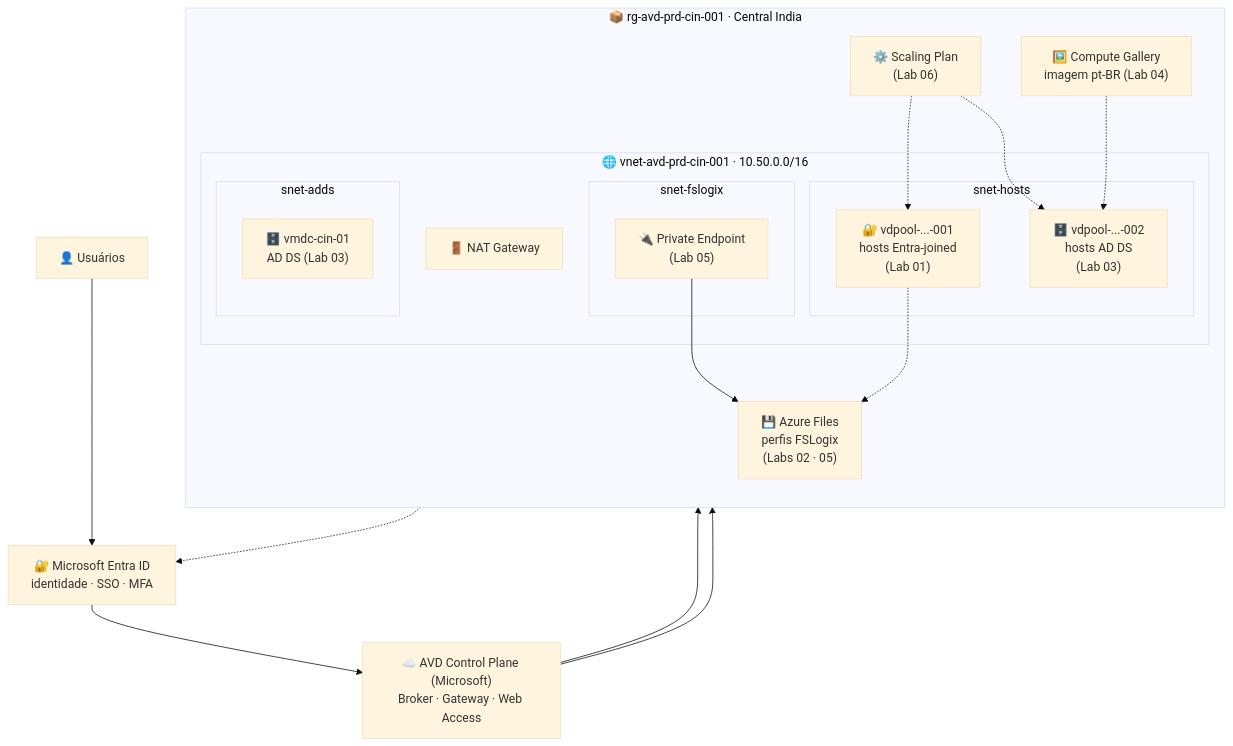
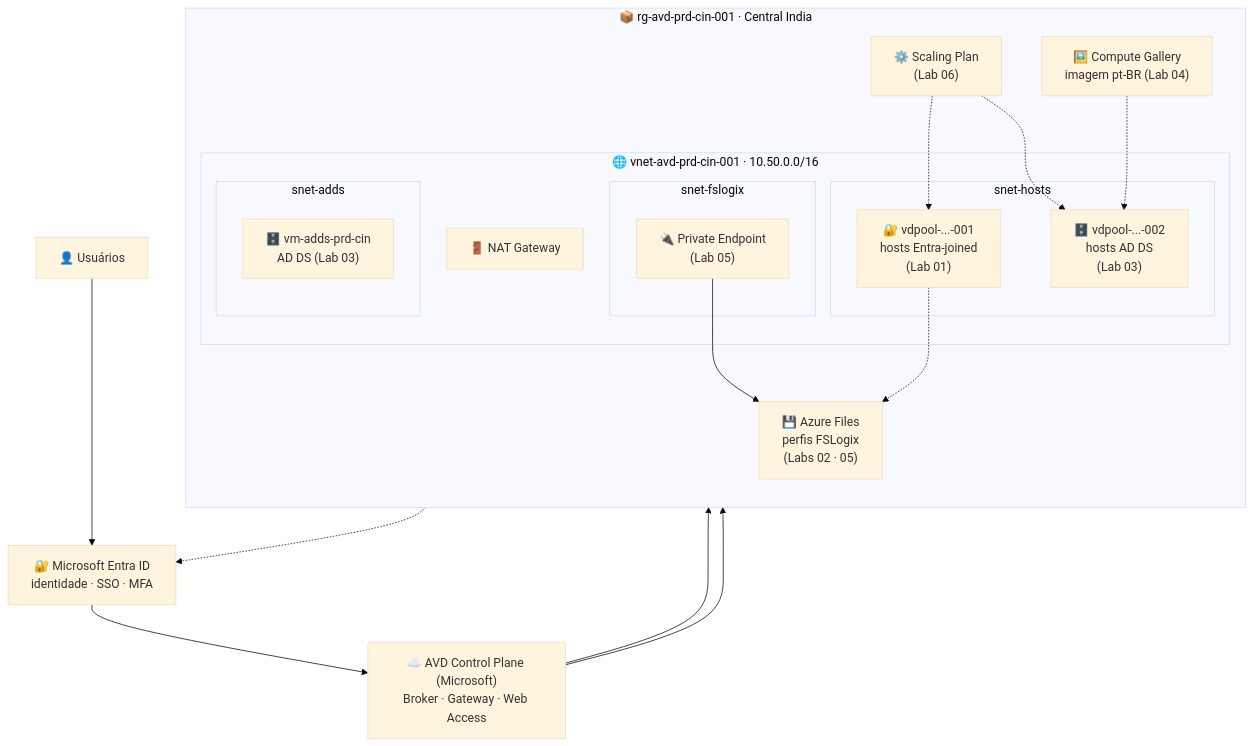
Before and after one commit to raphasi/posavd: the diagram in README.md, drawn with Mermaid (base theme).

Commit message:
README: atualiza nome do DC no diagrama mestre para vm-adds-prd-cin

````diff
--- a/README.md
+++ b/README.md
@@ -44,32 +44,32 @@
 ```mermaid
 flowchart TB
     U["👤 Usuários"] --> E["🔐 Microsoft Entra ID<br/>identidade · SSO · MFA"]
     E --> CP["☁️ AVD Control Plane (Microsoft)<br/>Broker · Gateway · Web Access"]
     subgraph SUB["📦 rg-avd-prd-cin-001 · Central India"]
       direction TB
       subgraph VNET["🌐 vnet-avd-prd-cin-001 · 10.50.0.0/16"]
         subgraph SH["snet-hosts"]
           P1["🔐 vdpool-...-001<br/>hosts Entra-joined<br/>(Lab 01)"]
           P2["🗄️ vdpool-...-002<br/>hosts AD DS<br/>(Lab 03)"]
         end
         subgraph SF["snet-fslogix"]
           PE["🔌 Private Endpoint<br/>(Lab 05)"]
         end
         subgraph SA["snet-adds"]
-          DC["🗄️ vmdc-cin-01<br/>AD DS (Lab 03)"]
+          DC["🗄️ vm-adds-prd-cin<br/>AD DS (Lab 03)"]
         end
         NAT["🚪 NAT Gateway"]
       end
       ST["💾 Azure Files<br/>perfis FSLogix<br/>(Labs 02 · 05)"]
       GAL["🖼️ Compute Gallery<br/>imagem pt-BR (Lab 04)"]
       SCALE["⚙️ Scaling Plan<br/>(Lab 06)"]
     end
     CP --> P1
     CP --> P2
     P1 -.-> ST
     PE --> ST
     DC -.-> E
     GAL -.-> P2
     SCALE -.-> P1
     SCALE -.-> P2
 ```
````
